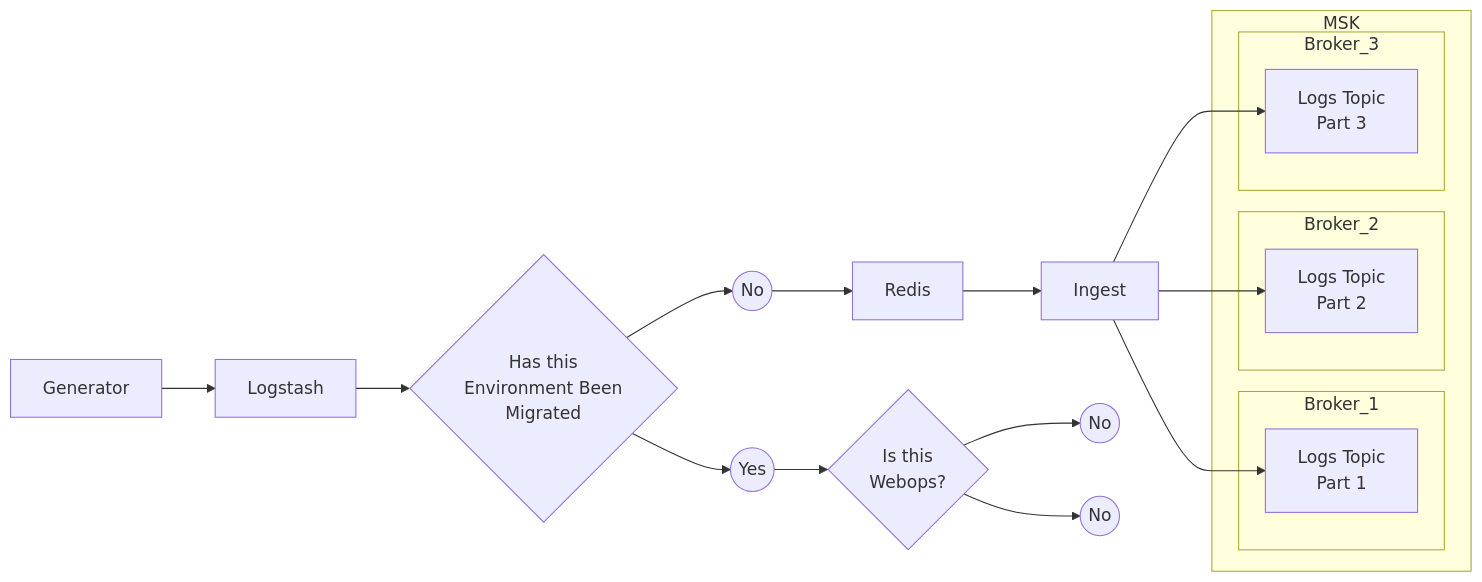
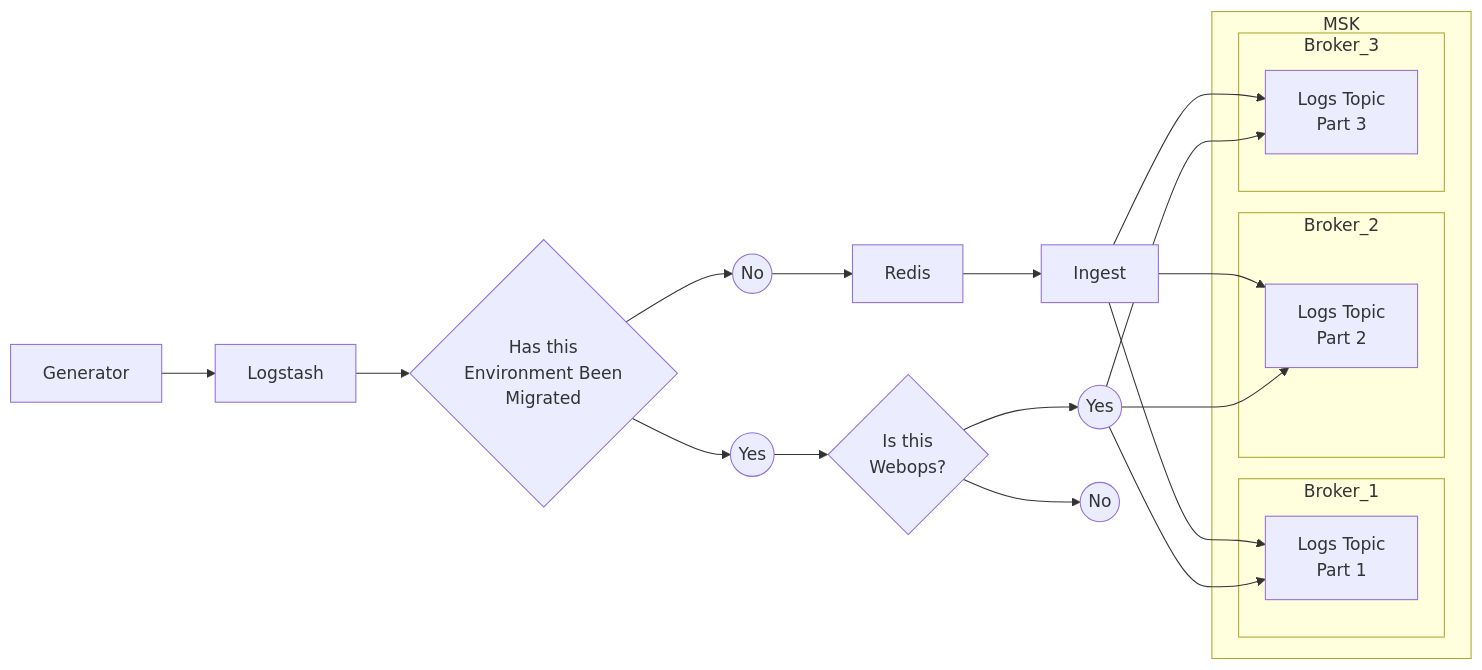
The second of 2 diagrams in README.md (Saskia-MDTP/can-hedgehogs-fly), drawn with Mermaid before and after one commit.

````diff
--- a/README.md
+++ b/README.md
@@ -15,25 +15,28 @@
 ```mermaid
   graph LR;
       subgraph MSK
           subgraph Broker_1
               P1[Logs Topic<br/>Part 1];
            end
           subgraph Broker_2
               P2[Logs Topic<br/>Part 2];
            end
           subgraph Broker_3
               P3[Logs Topic<br/>Part 3];
            end
        end
    Generator-->Logstash;
    Logstash-->Q1{Has this<br/>Environment Been<br/>Migrated};
    Q1-->Y1((Yes));
    Q1-->N1((No));
    N1-->Redis-->Ingest;
    Ingest-->P1;
    Ingest-->P2;
    Ingest-->P3;
    Y1-->Q2{Is this<br/>Webops?};
-   Q2-->Y2((No));
+   Q2-->Y2((Yes));
    Q2-->N2((No));
+   Y2-->P1;
+   Y2-->P2;
+   Y2-->P3;
 ```
````
